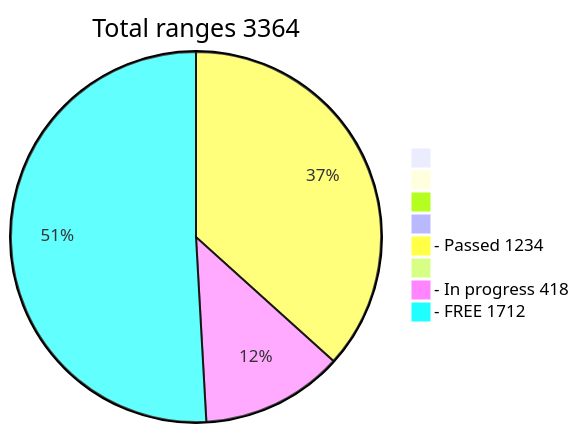
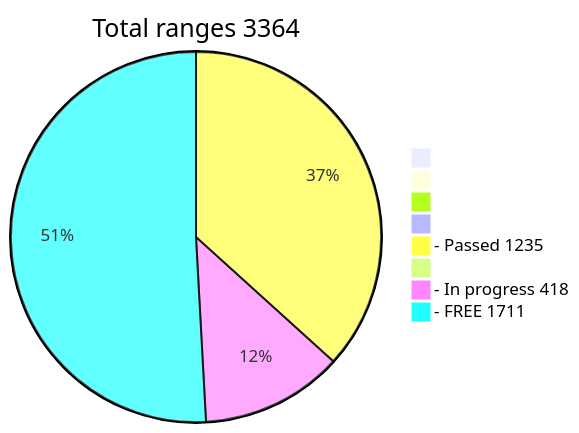
One commit to phrutis/wif500 changed the diagram in README.md. Above: the diagram before and after it, drawn with Mermaid.

````diff
--- a/README.md
+++ b/README.md
@@ -16,12 +16,12 @@
 ```mermaid
 pie title Total ranges 3364
              " " : 0
             "  " : 0
            "   " : 0
           "    " : 0
-  "- Passed 1234" : 1234
+  "- Passed 1235" : 1235
          "     " : 0
   "- In progress 418" : 418
-   "- FREE 1712" : 1712
+   "- FREE 1711" : 1711
    
 ```
````
